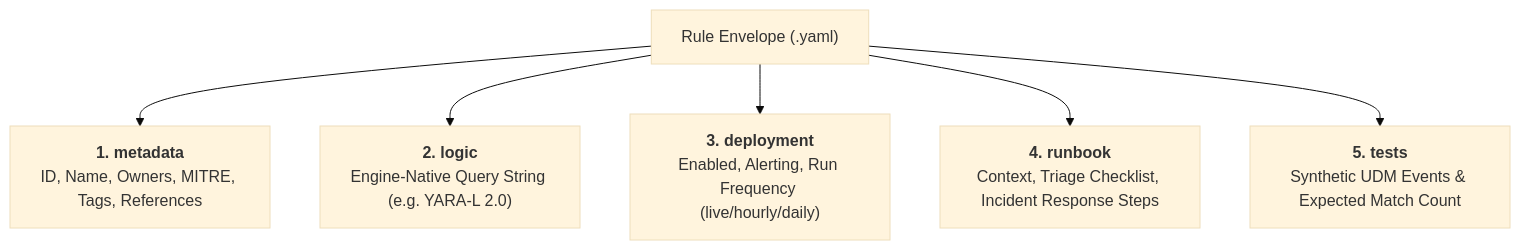
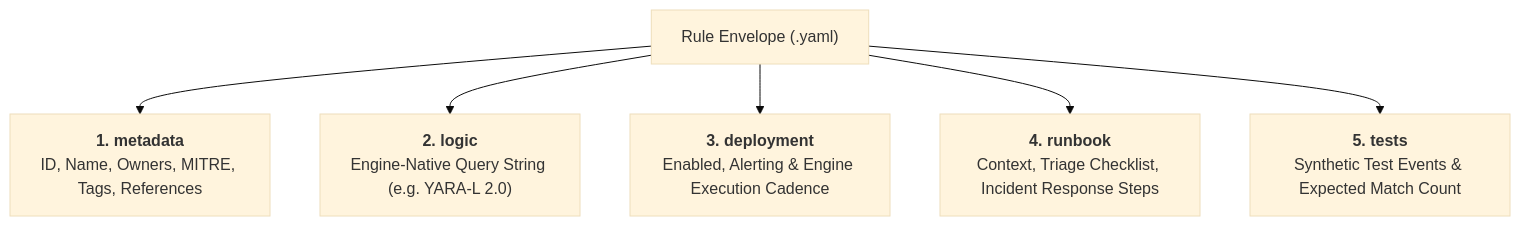
Before and after one commit to lopes/graft: the first of 3 diagrams in docs/analysts/rule_authoring.md, drawn with Mermaid (base theme). The commit also changed other lines of this file and 37 other files, not shown here.

````diff
--- a/docs/analysts/rule_authoring.md
+++ b/docs/analysts/rule_authoring.md
@@ -9,9 +9,9 @@
 ```mermaid
 flowchart TD
     ROOT["Rule Envelope (.yaml)"]
     ROOT --> B1["<b>1. metadata</b><br/>ID, Name, Owners, MITRE, Tags, References"]
     ROOT --> B2["<b>2. logic</b><br/>Engine-Native Query String (e.g. YARA-L 2.0)"]
-    ROOT --> B3["<b>3. deployment</b><br/>Enabled, Alerting, Run Frequency (live/hourly/daily)"]
+    ROOT --> B3["<b>3. deployment</b><br/>Enabled, Alerting & Engine Execution Cadence"]
     ROOT --> B4["<b>4. runbook</b><br/>Context, Triage Checklist, Incident Response Steps"]
-    ROOT --> B5["<b>5. tests</b><br/>Synthetic UDM Events & Expected Match Count"]
+    ROOT --> B5["<b>5. tests</b><br/>Synthetic Test Events & Expected Match Count"]
 ```
````
